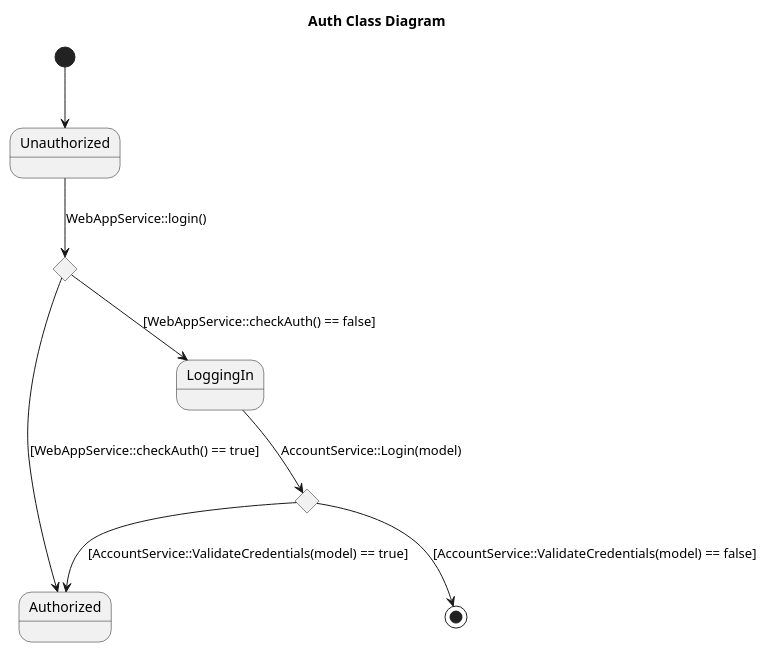
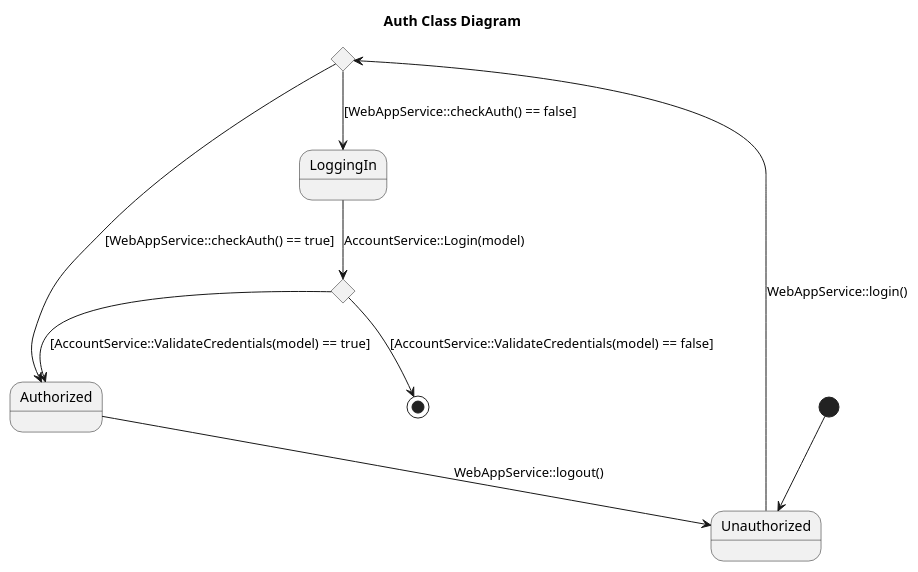
One commit to MarcusGasberg/OnkProjektGrp10 changed the diagram in Documentation/Diagrams/auth/auth-state.pu. Above: the diagram before and after it, drawn with PlantUML.

Commit message:
Add logout to state

```diff
--- a/Documentation/Diagrams/auth/auth-state.pu
+++ b/Documentation/Diagrams/auth/auth-state.pu
@@ -1,19 +1,21 @@
 @startuml Component
 title Auth Class Diagram
 skinparam monochrome true
 
 state auth_choice <<choice>>
 state login_choice <<choice>>
 
 [*] --> Unauthorized
 
 Unauthorized --> auth_choice: WebAppService::login()
 auth_choice --> Authorized: [WebAppService::checkAuth() == true]
 auth_choice --> LoggingIn: [WebAppService::checkAuth() == false]
 
 
 LoggingIn --> login_choice: AccountService::Login(model)
 login_choice --> Authorized : [AccountService::ValidateCredentials(model) == true]
 login_choice --> [*] : [AccountService::ValidateCredentials(model) == false]
 
+Authorized --> Unauthorized: WebAppService::logout()
+
 @enduml
```
